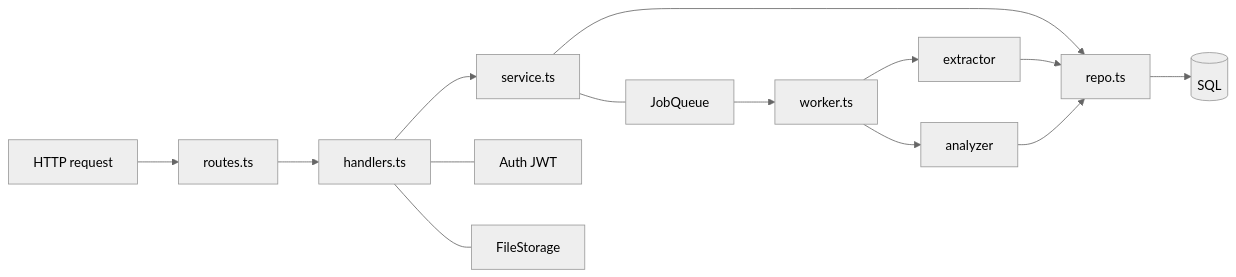
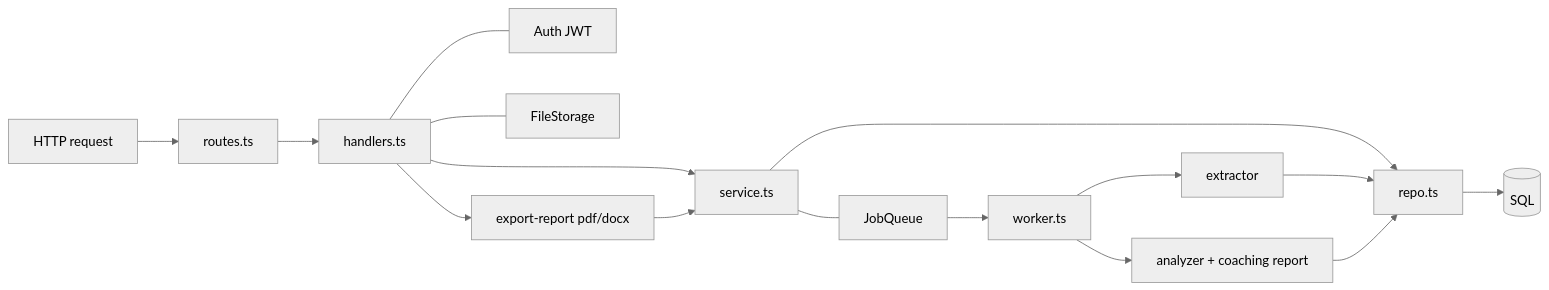
One commit to nguyentantai21042004/co3065-advanced-software-engineering changed the first of 3 diagrams in documents/architecture/logical.md. Above: the diagram before and after it, drawn with Mermaid (neutral theme). The commit also changed other lines of this file and 16 other files, not shown here.

First line of the commit message:
feat: coaching report with PDF/Word export on CV results

````diff
--- a/documents/architecture/logical.md
+++ b/documents/architecture/logical.md
@@ -13,17 +13,19 @@
 ```mermaid
 flowchart LR
   http["HTTP request"] --> routes["routes.ts"]
   routes --> handlers["handlers.ts"]
   handlers --> service["service.ts"]
   service --> repo["repo.ts"]
   repo --> sql[("SQL")]
 
   handlers --- auth["Auth JWT"]
   handlers --- storage["FileStorage"]
   service --- queue["JobQueue"]
   queue --> worker["worker.ts"]
   worker --> extractor["extractor"]
-  worker --> analyzer["analyzer"]
+  worker --> analyzer["analyzer + coaching report"]
   extractor --> repo
   analyzer --> repo
+  handlers --> export["export-report pdf/docx"]
+  export --> service
 ```
````
